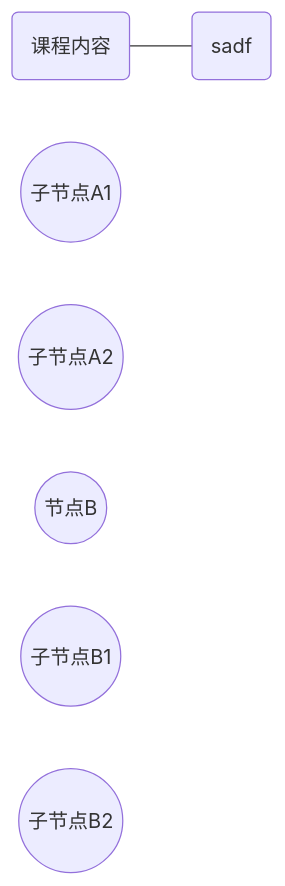
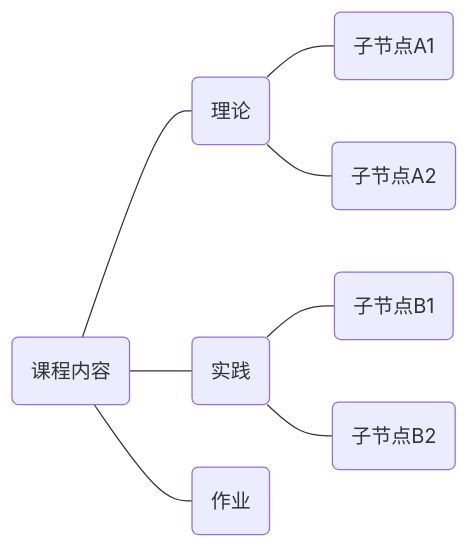
Before and after one commit to SounDoer/Game-Audio-Design-Slidev: the first of 5 diagrams in slides.md, drawn with Mermaid. The commit also changed other lines of this file and 2 other files, not shown here.

Commit message:
mermaid add

````diff
--- a/slides.md
+++ b/slides.md
@@ -102,9 +102,10 @@
 ```mermaid {theme: 'neutral'}
 graph LR
-  root(课程内容) --- A(sadf)
-      A1((子节点A1))
-      A2((子节点A2))
-    B((节点B))
-      B1((子节点B1))
-      B2((子节点B2))
+  root(课程内容) --- A(理论)
+    A(理论) --- A1(子节点A1)
+    A(理论) --- A2(子节点A2)
+  root(课程内容) --- B(实践)
+    B(实践) --- B1(子节点B1)
+    B(实践) --- B2(子节点B2)
+  root(课程内容) --- C(作业)
 ```
````
